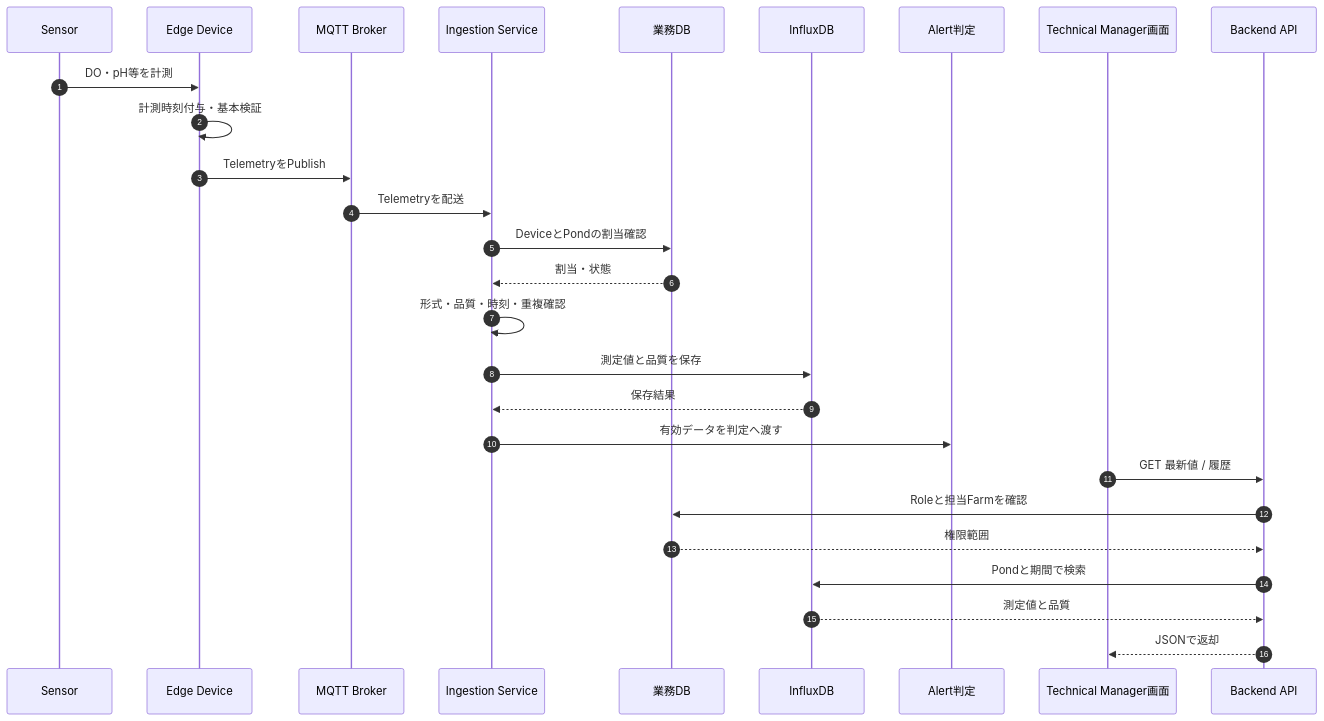
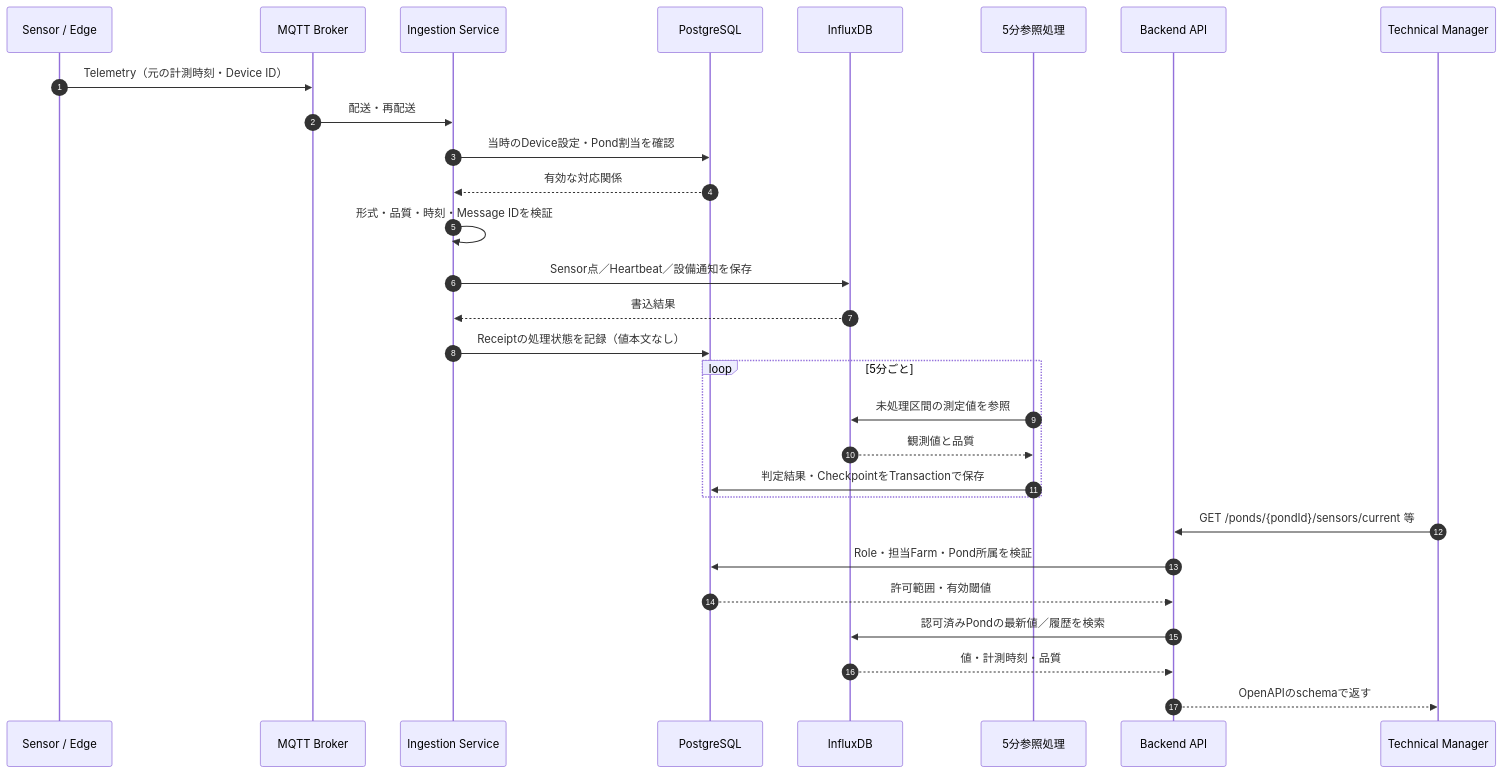
The second of 6 diagrams in docs/backend_architecture_diagrams.md (kanetaku1/Aqua-Guard), drawn with Mermaid before and after one commit. The commit also changed other lines of this file and 3 other files, not shown here.

Commit message:
backend_architecture(ver2)

````diff
--- a/docs/backend_architecture_diagrams.md
+++ b/docs/backend_architecture_diagrams.md
@@ -47,30 +43,32 @@
 ```mermaid
 sequenceDiagram
   autonumber
-  participant Sensor as Sensor
-  participant Edge as Edge Device
+  participant Device as Sensor / Edge
   participant Broker as MQTT Broker
   participant Ing as Ingestion Service
-  participant Biz as 業務DB
-  participant Influx as InfluxDB
-  participant Alert as Alert判定
-  participant UI as Technical Manager画面
+  participant PG as PostgreSQL
+  participant IFX as InfluxDB
+  participant Worker as 5分参照処理
   participant API as Backend API
+  participant TM as Technical Manager
 
-  Sensor->>Edge: DO・pH等を計測
-  Edge->>Edge: 計測時刻付与・基本検証
-  Edge->>Broker: TelemetryをPublish
-  Broker->>Ing: Telemetryを配送
-  Ing->>Biz: DeviceとPondの割当確認
-  Biz-->>Ing: 割当・状態
-  Ing->>Ing: 形式・品質・時刻・重複確認
-  Ing->>Influx: 測定値と品質を保存
-  Influx-->>Ing: 保存結果
-  Ing->>Alert: 有効データを判定へ渡す
-  UI->>API: GET 最新値 / 履歴
-  API->>Biz: Roleと担当Farmを確認
-  Biz-->>API: 権限範囲
-  API->>Influx: Pondと期間で検索
-  Influx-->>API: 測定値と品質
-  API-->>UI: JSONで返却
+  Device->>Broker: Telemetry（元の計測時刻・Device ID）
+  Broker->>Ing: 配送・再配送
+  Ing->>PG: 当時のDevice設定・Pond割当を確認
+  PG-->>Ing: 有効な対応関係
+  Ing->>Ing: 形式・品質・時刻・Message IDを検証
+  Ing->>IFX: Sensor点／Heartbeat／設備通知を保存
+  IFX-->>Ing: 書込結果
+  Ing->>PG: Receiptの処理状態を記録（値本文なし）
+  loop 5分ごと
+    Worker->>IFX: 未処理区間の測定値を参照
+    IFX-->>Worker: 観測値と品質
+    Worker->>PG: 判定結果・CheckpointをTransactionで保存
+  end
+  TM->>API: GET /ponds/{pondId}/sensors/current 等
+  API->>PG: Role・担当Farm・Pond所属を検証
+  PG-->>API: 許可範囲・有効閾値
+  API->>IFX: 認可済みPondの最新値／履歴を検索
+  IFX-->>API: 値・計測時刻・品質
+  API-->>TM: OpenAPIのschemaで返す
 ```
````
